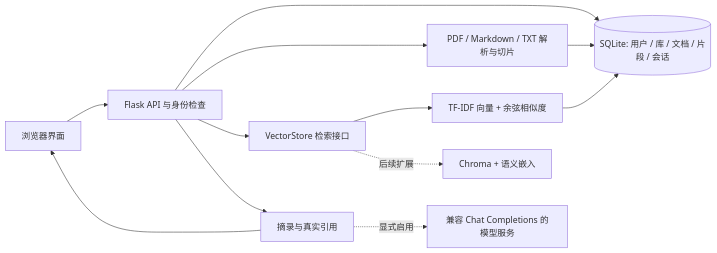
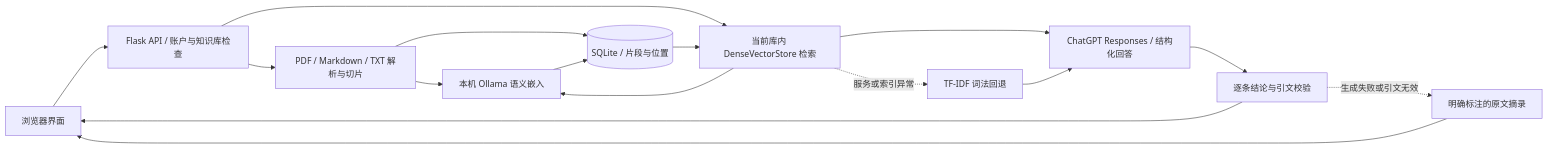
One commit to Cccchenzi/- changed the diagram in docs/architecture.md. Above: the diagram before and after it, drawn with Mermaid. The commit also changed other lines of this file and 30 other files, not shown here.

First line of the commit message:
Complete semantic RAG with ChatGPT member sign-in and local embeddings

````diff
--- a/docs/architecture.md
+++ b/docs/architecture.md
@@ -5,14 +7,18 @@
 ```mermaid
 flowchart LR
-    UI[浏览器界面] --> API[Flask API 与身份检查]
-    API --> SQL[(SQLite: 用户 / 库 / 文档 / 片段 / 会话)]
+    UI[浏览器界面] --> API[Flask API / 账户与知识库检查]
     API --> Parse[PDF / Markdown / TXT 解析与切片]
-    Parse --> SQL
-    API --> Search[VectorStore 检索接口]
-    Search --> Local[TF-IDF 向量 + 余弦相似度]
-    Local --> SQL
-    Search -. 后续扩展 .-> Chroma[Chroma + 语义嵌入]
-    API --> Answer[摘录与真实引用]
-    Answer -. 显式启用 .-> Model[兼容 Chat Completions 的模型服务]
-    Answer --> UI
+    Parse --> Embed[本机 Ollama 语义嵌入]
+    Parse --> SQL[(SQLite / 片段与位置)]
+    Embed --> SQL
+    API --> Search[当前库内 DenseVectorStore 检索]
+    Search --> Embed
+    SQL --> Search
+    Search --> Generate[ChatGPT Responses / 结构化回答]
+    Generate --> Validate[逐条结论与引文校验]
+    Validate --> UI
+    Search -. 服务或索引异常 .-> Lexical[TF-IDF 词法回退]
+    Lexical --> Generate
+    Validate -. 生成失败或引文无效 .-> Extract[明确标注的原文摘录]
+    Extract --> UI
 ```
````
